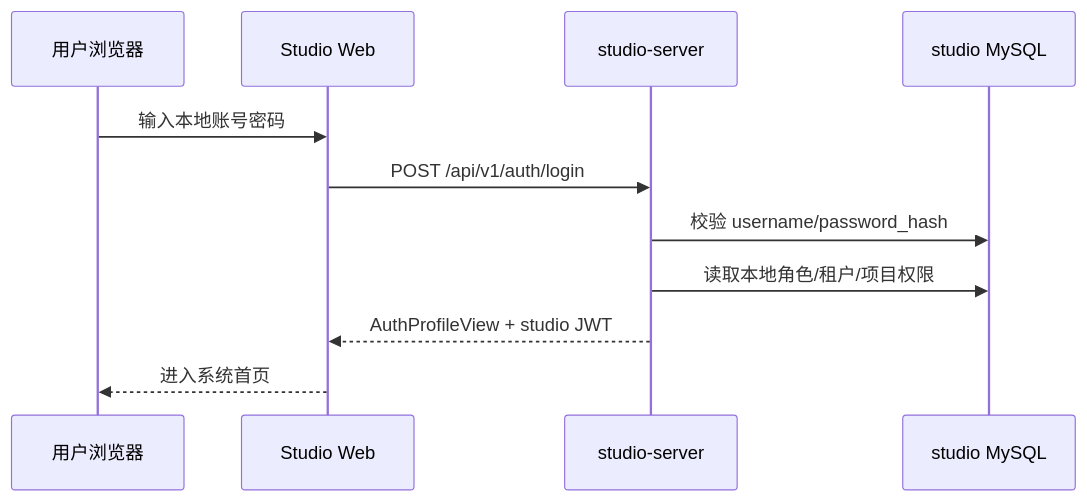
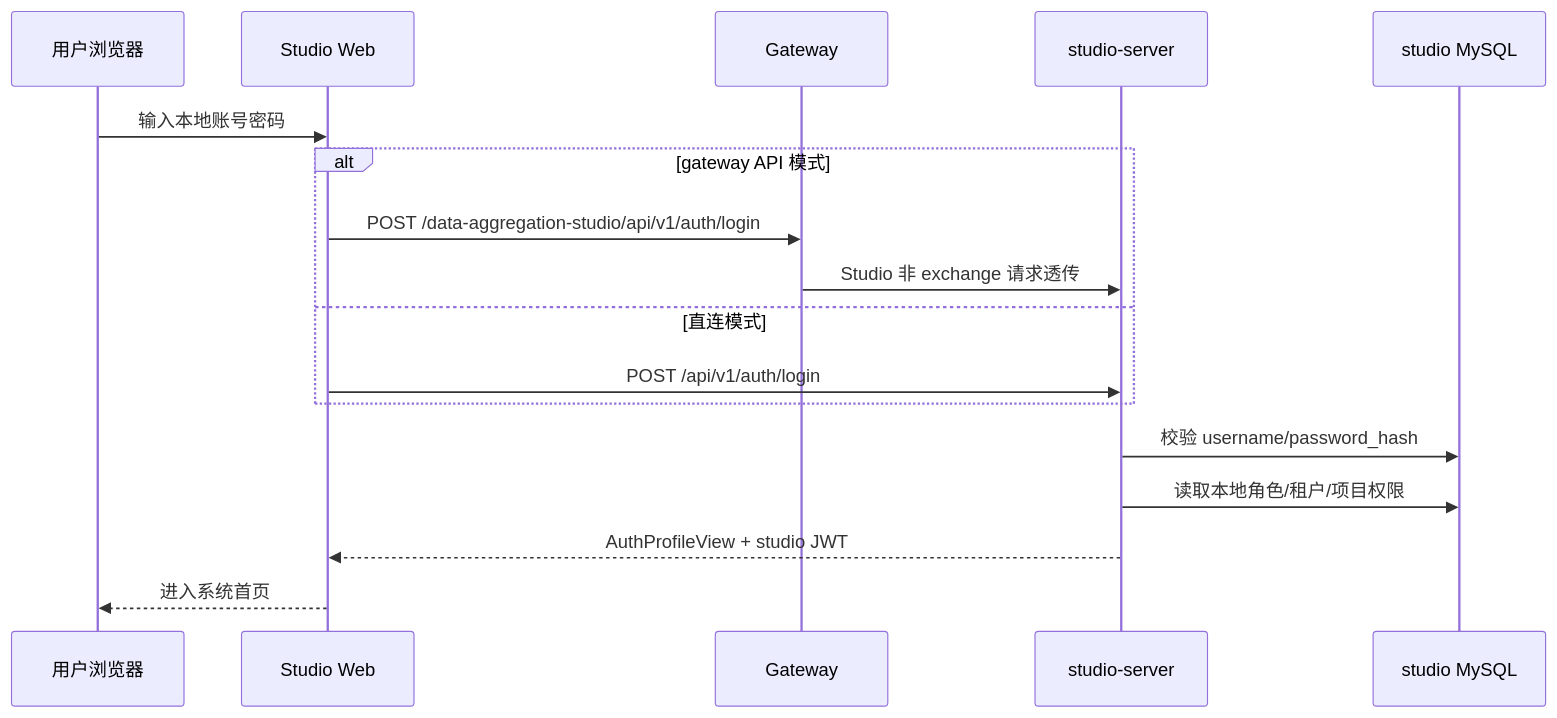
One commit to wdragondragon/DataAggregation changed the third of 4 diagrams in DataAggregation适配方案.md. Above: the diagram before and after it, drawn with Mermaid. The commit also changed other lines of this file, not shown here.

````diff
--- a/DataAggregation适配方案.md
+++ b/DataAggregation适配方案.md
@@ -723,14 +788,20 @@
 ```mermaid
 sequenceDiagram
     participant User as 用户浏览器
     participant Web as Studio Web
+    participant Gateway as Gateway
     participant Studio as studio-server
     participant DB as studio MySQL
 
     User->>Web: 输入本地账号密码
-    Web->>Studio: POST /api/v1/auth/login
+    alt gateway API 模式
+        Web->>Gateway: POST /data-aggregation-studio/api/v1/auth/login
+        Gateway->>Studio: Studio 非 exchange 请求透传
+    else 直连模式
+        Web->>Studio: POST /api/v1/auth/login
+    end
     Studio->>DB: 校验 username/password_hash
     Studio->>DB: 读取本地角色/租户/项目权限
     Studio-->>Web: AuthProfileView + studio JWT
     Web-->>User: 进入系统首页
 ```
````
